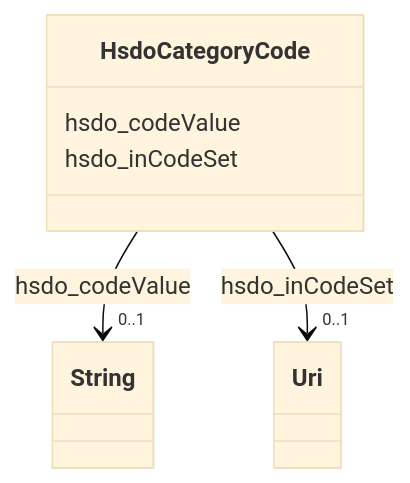
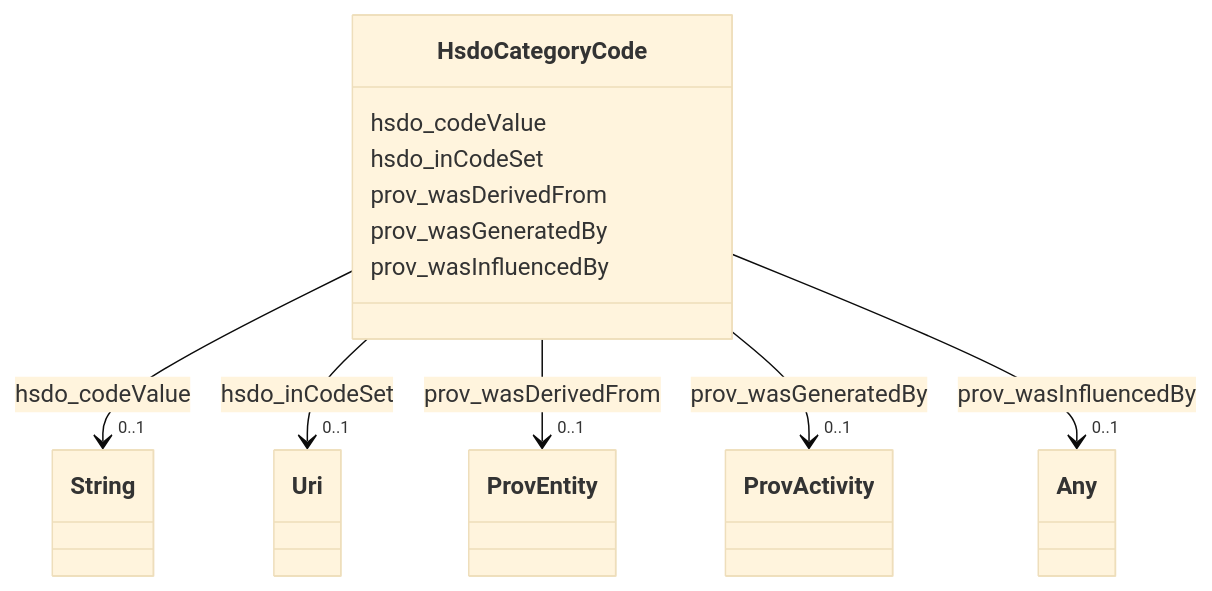
One commit to frink-okn/graph-descriptions changed the diagram in dream-kg/classes/HsdoCategoryCode.md. Above: the diagram before and after it, drawn with Mermaid (base theme). The commit also changed other lines of this file and 47 other files, not shown here.

````diff
--- a/dream-kg/classes/HsdoCategoryCode.md
+++ b/dream-kg/classes/HsdoCategoryCode.md
@@ -19,24 +19,51 @@
 ```mermaid
  classDiagram
     class HsdoCategoryCode
     click HsdoCategoryCode href "../HsdoCategoryCode"
       HsdoCategoryCode : hsdo_codeValue
         
           
     
     
     HsdoCategoryCode --> "0..1" String : hsdo_codeValue
     click String href "../String"
 
         
       HsdoCategoryCode : hsdo_inCodeSet
         
           
     
     
     HsdoCategoryCode --> "0..1" Uri : hsdo_inCodeSet
     click Uri href "../Uri"
 
         
+      HsdoCategoryCode : prov_wasDerivedFrom
+        
+          
+    
+    
+    HsdoCategoryCode --> "0..1" ProvEntity : prov_wasDerivedFrom
+    click ProvEntity href "../ProvEntity"
+
+        
+      HsdoCategoryCode : prov_wasGeneratedBy
+        
+          
+    
+    
+    HsdoCategoryCode --> "0..1" ProvActivity : prov_wasGeneratedBy
+    click ProvActivity href "../ProvActivity"
+
+        
+      HsdoCategoryCode : prov_wasInfluencedBy
+        
+          
+    
+    
+    HsdoCategoryCode --> "0..1" Any : prov_wasInfluencedBy
+    click Any href "../Any"
+
+        
       
 ```
````
